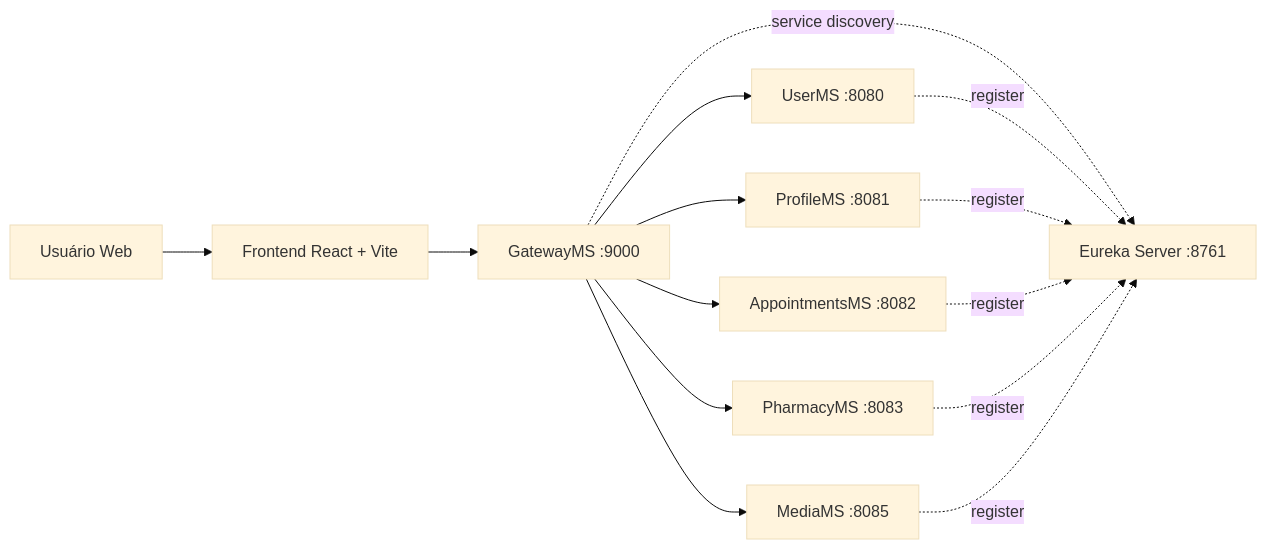
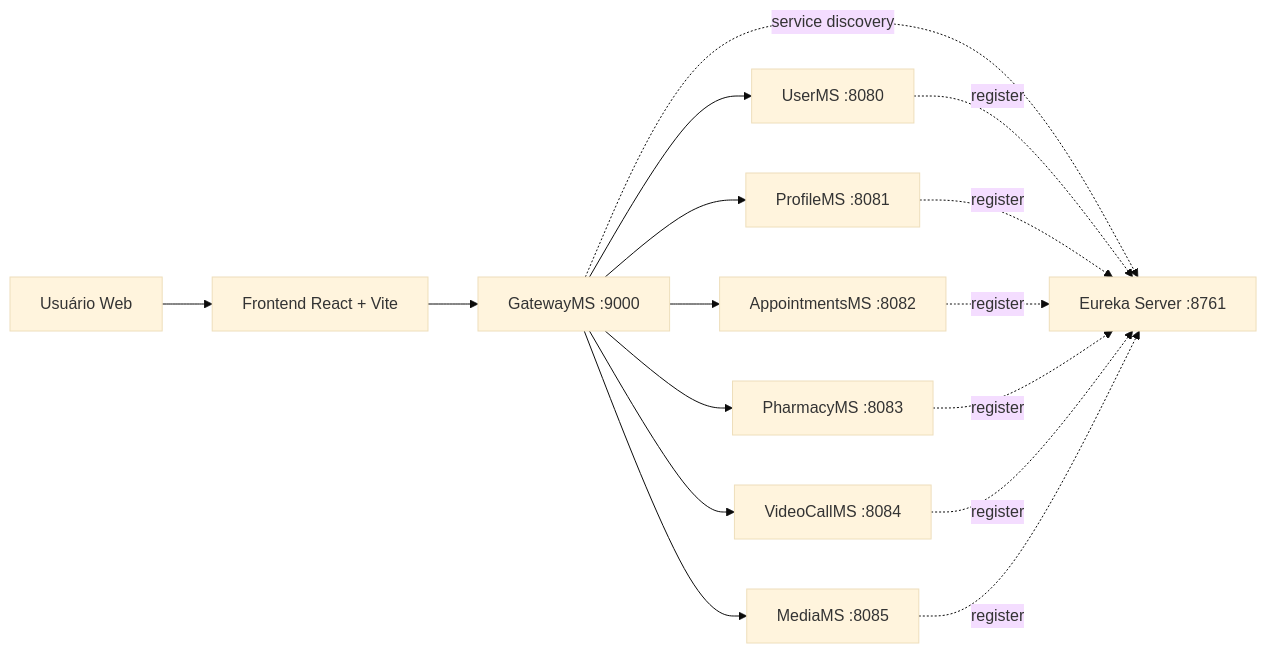
Before and after one commit to NicolasMCascaes/hmsReact: the diagram in README.md, drawn with Mermaid (base theme). The commit also changed other lines of this file and 5 other files, not shown here.

Commit message:
docs: moved db diagrams to docs and updated readme

````diff
--- a/README.md
+++ b/README.md
@@ -34,17 +35,19 @@
 ```mermaid
 flowchart LR
     U[Usuário Web] --> FE[Frontend React + Vite]
     FE --> GW[GatewayMS :9000]
     GW --> US[UserMS :8080]
     GW --> PR[ProfileMS :8081]
     GW --> AP[AppointmentsMS :8082]
     GW --> PH[PharmacyMS :8083]
+    GW --> VC[VideoCallMS :8084]
     GW --> MD[MediaMS :8085]
 
     GW -. service discovery .-> EU[Eureka Server :8761]
     US -. register .-> EU
     PR -. register .-> EU
     AP -. register .-> EU
     PH -. register .-> EU
+    VC -. register .-> EU
     MD -. register .-> EU
 ```
````
